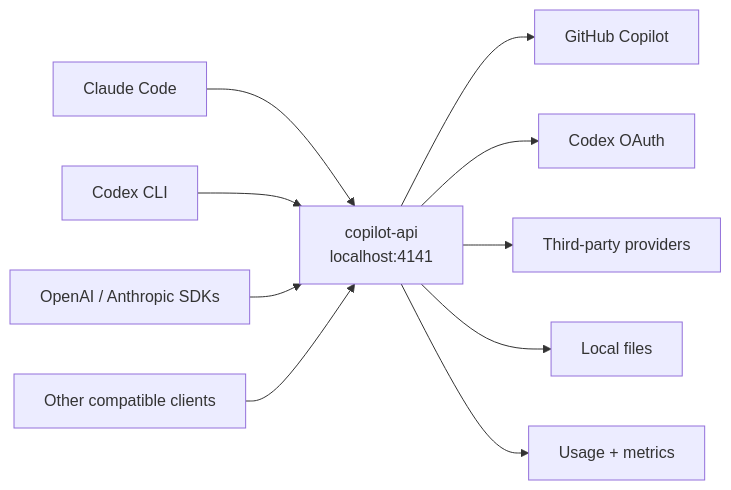
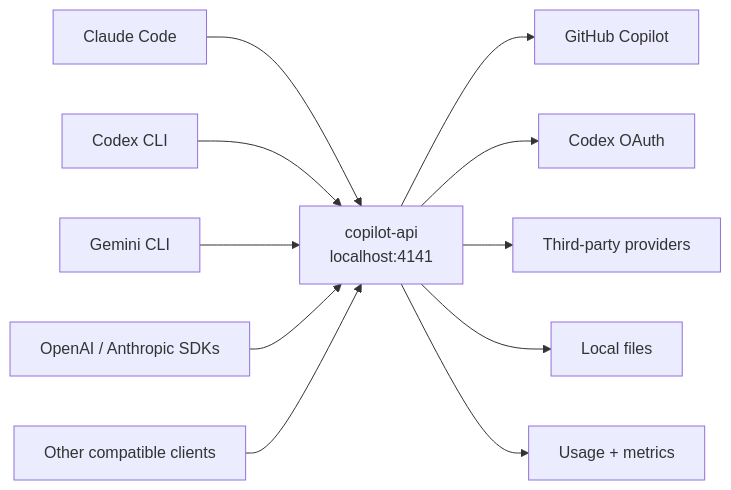
One commit to Arthur742Ramos/copilot-api-rust changed the diagram in README.md. Above: the diagram before and after it, drawn with Mermaid. The commit also changed other lines of this file and 11 other files, not shown here.

First line of the commit message:
Add Gemini CLI compatibility

````diff
--- a/README.md
+++ b/README.md
@@ -54,14 +56,15 @@
 ```mermaid
 flowchart LR
     A[Claude Code] --> G[copilot-api<br/>localhost:4141]
     B[Codex CLI] --> G
-    C[OpenAI / Anthropic SDKs] --> G
-    D[Other compatible clients] --> G
+    C[Gemini CLI] --> G
+    D[OpenAI / Anthropic SDKs] --> G
+    E[Other compatible clients] --> G
 
-    G --> E[GitHub Copilot]
-    G --> F[Codex OAuth]
+    G --> F[GitHub Copilot]
+    G --> K[Codex OAuth]
     G --> H[Third-party providers]
 
     G --> I[Local files]
     G --> J[Usage + metrics]
 ```
````
